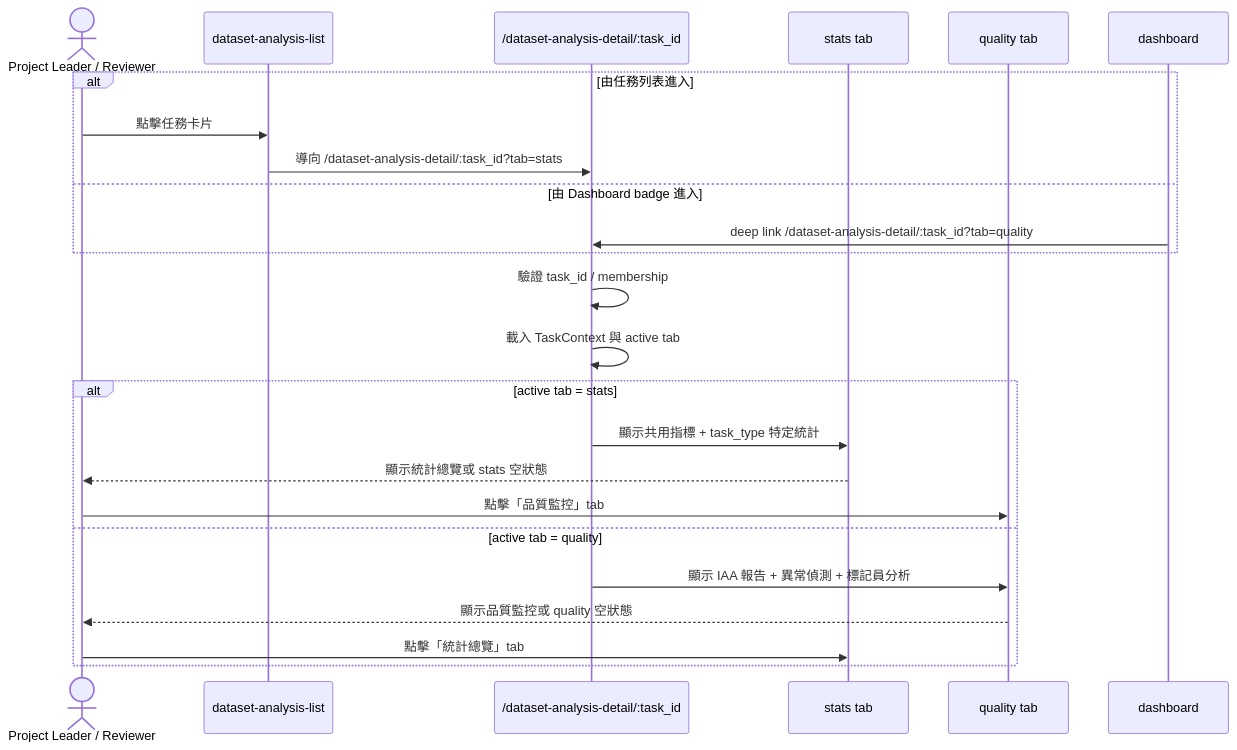
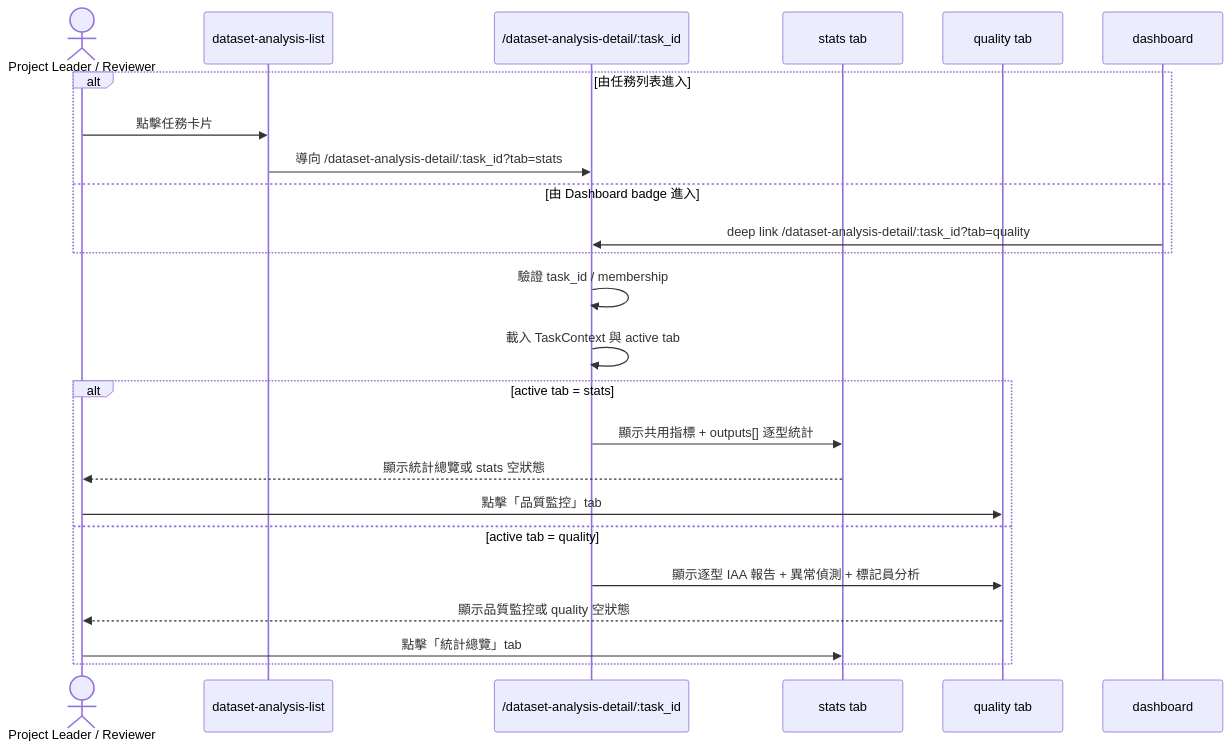
Before and after one commit to singyichen/label-suite: the first of 2 diagrams in specs/dataset/017-dataset-analysis-detail/spec.md, drawn with Mermaid. The commit also changed other lines of this file and 6 other files, not shown here.

First line of the commit message:
docs: sync specs to run_type reviewer split and IAA v2 taxonomy

````diff
--- a/specs/dataset/017-dataset-analysis-detail/spec.md
+++ b/specs/dataset/017-dataset-analysis-detail/spec.md
@@ -96,27 +122,27 @@
 ```mermaid
 sequenceDiagram
     actor PL as Project Leader / Reviewer
     participant LIST as dataset-analysis-list
     participant DETAIL as /dataset-analysis-detail/:task_id
     participant STATS as stats tab
     participant QUALITY as quality tab
     participant DASH as dashboard
 
     alt 由任務列表進入
         PL->>LIST: 點擊任務卡片
         LIST->>DETAIL: 導向 /dataset-analysis-detail/:task_id?tab=stats
     else 由 Dashboard badge 進入
         DASH->>DETAIL: deep link /dataset-analysis-detail/:task_id?tab=quality
     end
     DETAIL->>DETAIL: 驗證 task_id / membership
     DETAIL->>DETAIL: 載入 TaskContext 與 active tab
     alt active tab = stats
-        DETAIL->>STATS: 顯示共用指標 + task_type 特定統計
+        DETAIL->>STATS: 顯示共用指標 + outputs[] 逐型統計
         STATS-->>PL: 顯示統計總覽或 stats 空狀態
         PL->>QUALITY: 點擊「品質監控」tab
     else active tab = quality
-        DETAIL->>QUALITY: 顯示 IAA 報告 + 異常偵測 + 標記員分析
+        DETAIL->>QUALITY: 顯示逐型 IAA 報告 + 異常偵測 + 標記員分析
         QUALITY-->>PL: 顯示品質監控或 quality 空狀態
         PL->>STATS: 點擊「統計總覽」tab
     end
 ```
````
